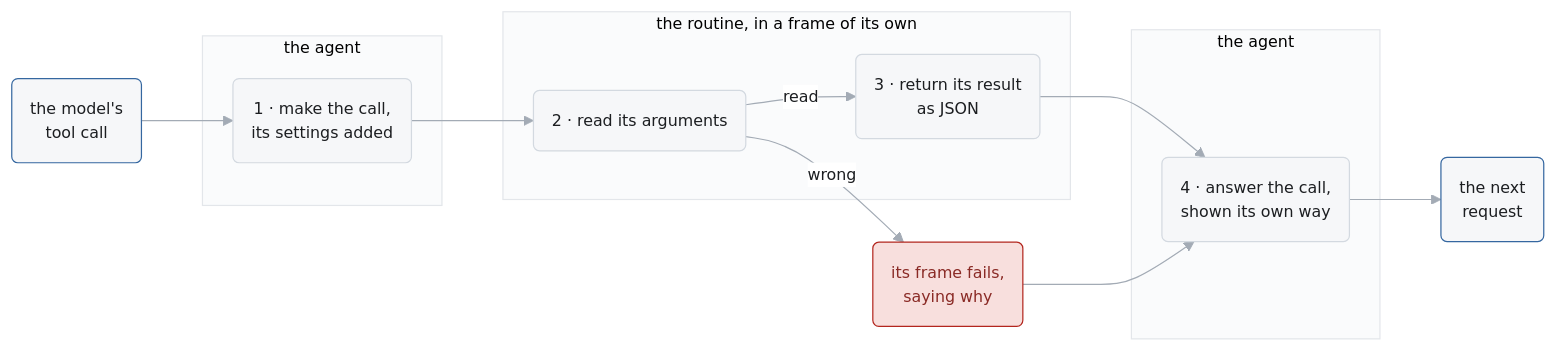
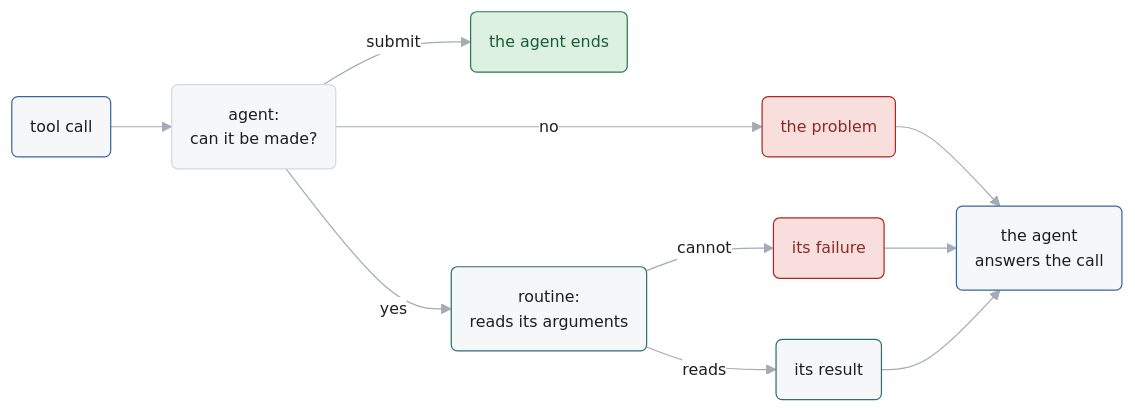
The first of 4 diagrams in docs/agents.md (pku-xht/alaya), drawn with Mermaid before and after one commit. The commit also changed other lines of this file, not shown here.

Commit message:
Say who checks what in a table, and draw it as it is
The agent checks that a call can be made; the routine checks its
arguments.

````diff
--- a/docs/agents.md
+++ b/docs/agents.md
@@ -52,30 +53,19 @@
 ```mermaid
 %%{init: {"theme": "base", "themeVariables": {"fontFamily": "BlinkMacSystemFont, Segoe UI, Helvetica, Arial", "fontSize": "13px", "primaryColor": "#f6f7f9", "primaryTextColor": "#1c1e21", "primaryBorderColor": "#d3d9e0", "lineColor": "#a3abb5", "textColor": "#6f7985", "edgeLabelBackground": "#ffffff", "clusterBkg": "#fafbfc", "clusterBorder": "#e3e6ea"}}}%%
 flowchart LR
   classDef sample stroke:#3567a0
   classDef exec stroke:#2b6f6f
+  classDef ok fill:#dcf1e2,stroke:#2a7a4b,color:#1c5c33
   classDef bad fill:#f8dfdd,stroke:#b3261e,color:#8a2a25
 
-  asks("the model's<br/>tool call"):::sample
-  subgraph agentIn["the agent"]
-    make("1 · make the call,<br/>its settings added")
-  end
-  subgraph routine["the routine, in a frame of its own"]
-    reads("2 · read its arguments")
-    writes("3 · return its result<br/>as JSON")
-  end
-  failed("its frame fails,<br/>saying why"):::bad
-  subgraph agentOut["the agent"]
-    show("4 · answer the call,<br/>shown its own way")
-  end
-  sees("the next<br/>request"):::sample
-
-  asks --> make
-  make --> reads
-  reads -- "read" --> writes
-  reads -- "wrong" --> failed
-  writes --> show
-  failed --> show
-  show --> sees
+  asks("tool call"):::sample --> can("agent:<br/>can it be made?")
+  can -- "no" --> problem("the problem"):::bad
+  can -- "submit" --> ends("the agent ends"):::ok
+  can -- "yes" --> reads("routine:<br/>reads its arguments"):::exec
+  reads -- "cannot" --> failed("its failure"):::bad
+  reads -- "reads" --> result("its result"):::exec
+  problem --> answer("the agent<br/>answers the call"):::sample
+  failed --> answer
+  result --> answer
   linkStyle default stroke-width:1px
 ```
````
